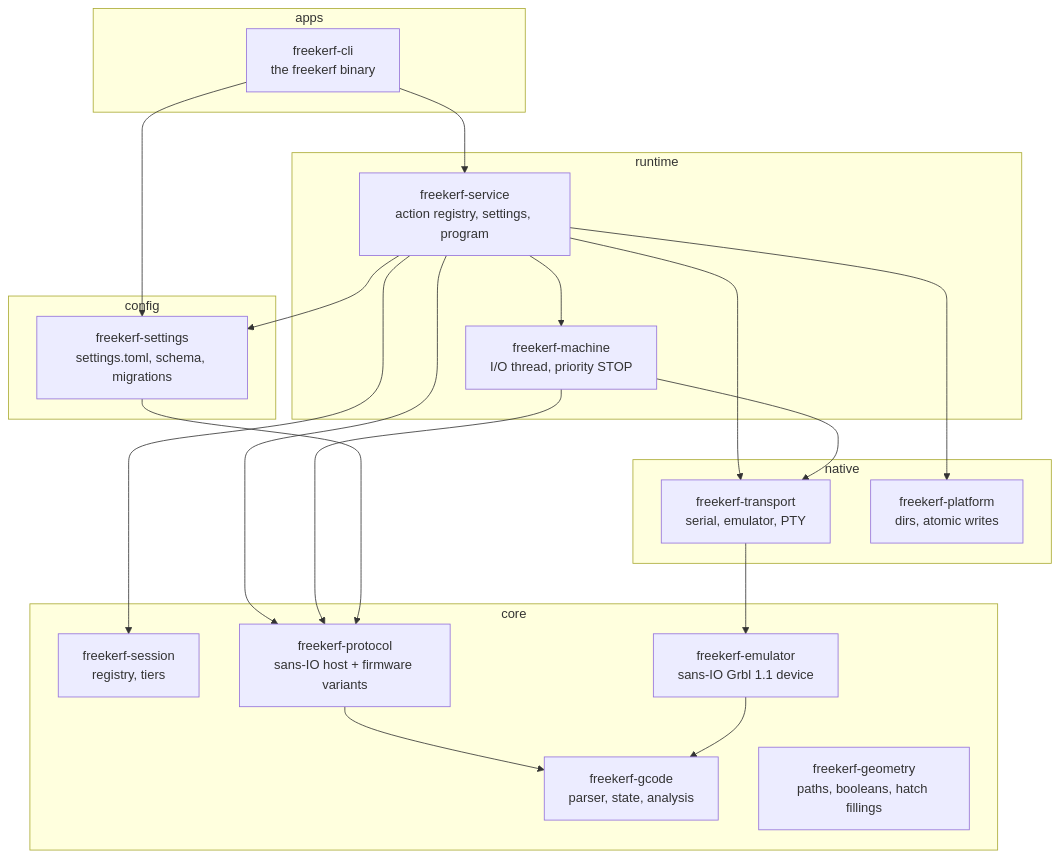
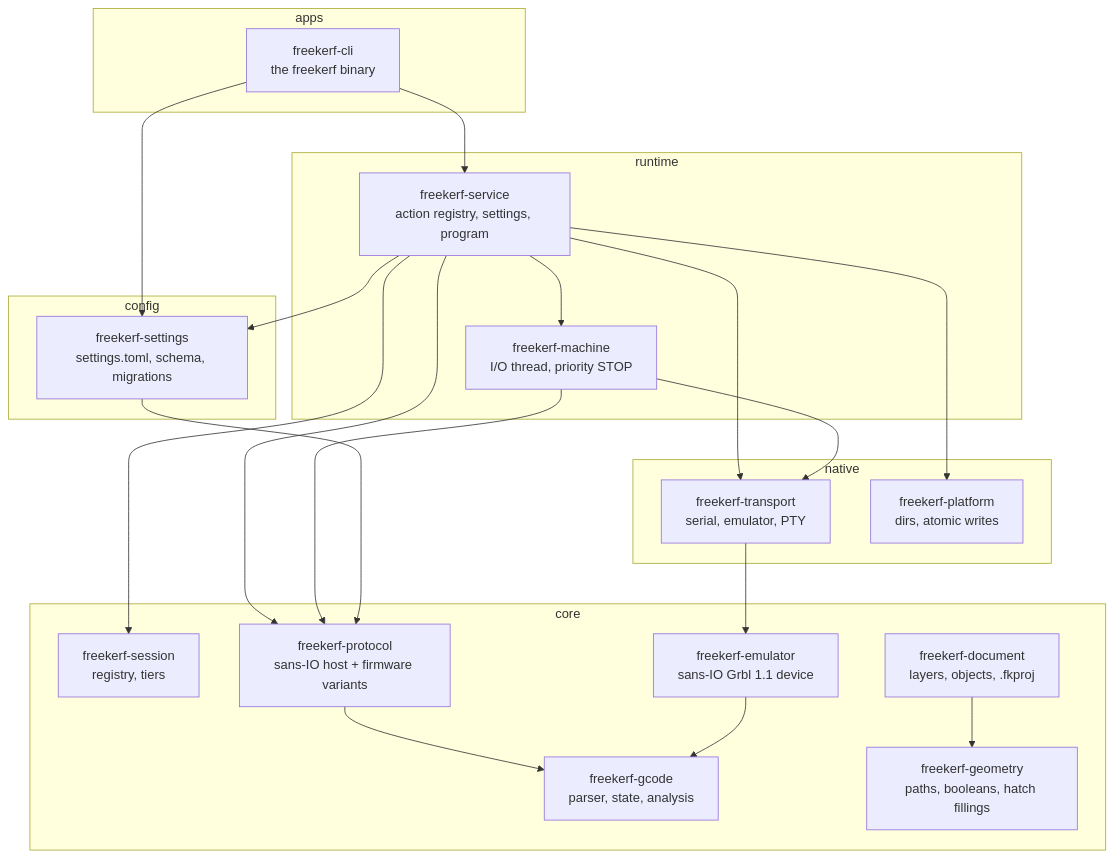
Before and after one commit to bochpsico-lang/freekerf: the first of 2 diagrams in doc/architecture.md, drawn with Mermaid. The commit also changed other lines of this file and 18 other files, not shown here.

First line of the commit message:
Add freekerf-document: layers, objects and the .fkproj format

````diff
--- a/doc/architecture.md
+++ b/doc/architecture.md
@@ -9,38 +9,40 @@
 ```mermaid
 flowchart TB
   subgraph apps
     cli[freekerf-cli<br/>the freekerf binary]
   end
   subgraph runtime
     service[freekerf-service<br/>action registry, settings, program]
     machine[freekerf-machine<br/>I/O thread, priority STOP]
   end
   subgraph native
     transport[freekerf-transport<br/>serial, emulator, PTY]
     platform[freekerf-platform<br/>dirs, atomic writes]
   end
   subgraph config
     settings[freekerf-settings<br/>settings.toml, schema, migrations]
   end
   subgraph core
     session[freekerf-session<br/>registry, tiers]
     protocol[freekerf-protocol<br/>sans-IO host + firmware variants]
     gcode[freekerf-gcode<br/>parser, state, analysis]
     emulator[freekerf-emulator<br/>sans-IO Grbl 1.1 device]
     geometry[freekerf-geometry<br/>paths, booleans, hatch fillings]
+    document[freekerf-document<br/>layers, objects, .fkproj]
   end
   cli --> service
   cli --> settings
   service --> machine
   service --> transport
   service --> platform
   service --> settings
   service --> session
   service --> protocol
   machine --> protocol
   machine --> transport
   transport --> emulator
   settings --> protocol
   protocol --> gcode
   emulator --> gcode
+  document --> geometry
 ```
````
